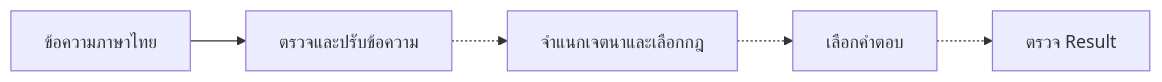
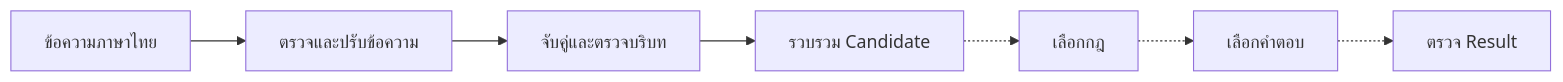
Before and after one commit to siwakon8285/thai-anti-scam-ai: the first of 2 diagrams in README.md, drawn with Mermaid. The commit also changed other lines of this file and 7 other files, not shown here.

````diff
--- a/README.md
+++ b/README.md
@@ -32,7 +33,9 @@
 ```mermaid
 flowchart LR
     input["ข้อความภาษาไทย"] --> text["ตรวจและปรับข้อความ"]
-    text -.-> rules["จำแนกเจตนาและเลือกกฎ"]
-    rules -.-> response["เลือกคำตอบ"]
+    text --> matches["จับคู่และตรวจบริบท"]
+    matches --> candidates["รวบรวม Candidate"]
+    candidates -.-> selection["เลือกกฎ"]
+    selection -.-> response["เลือกคำตอบ"]
     response -.-> output["ตรวจ Result"]
 ```
````
